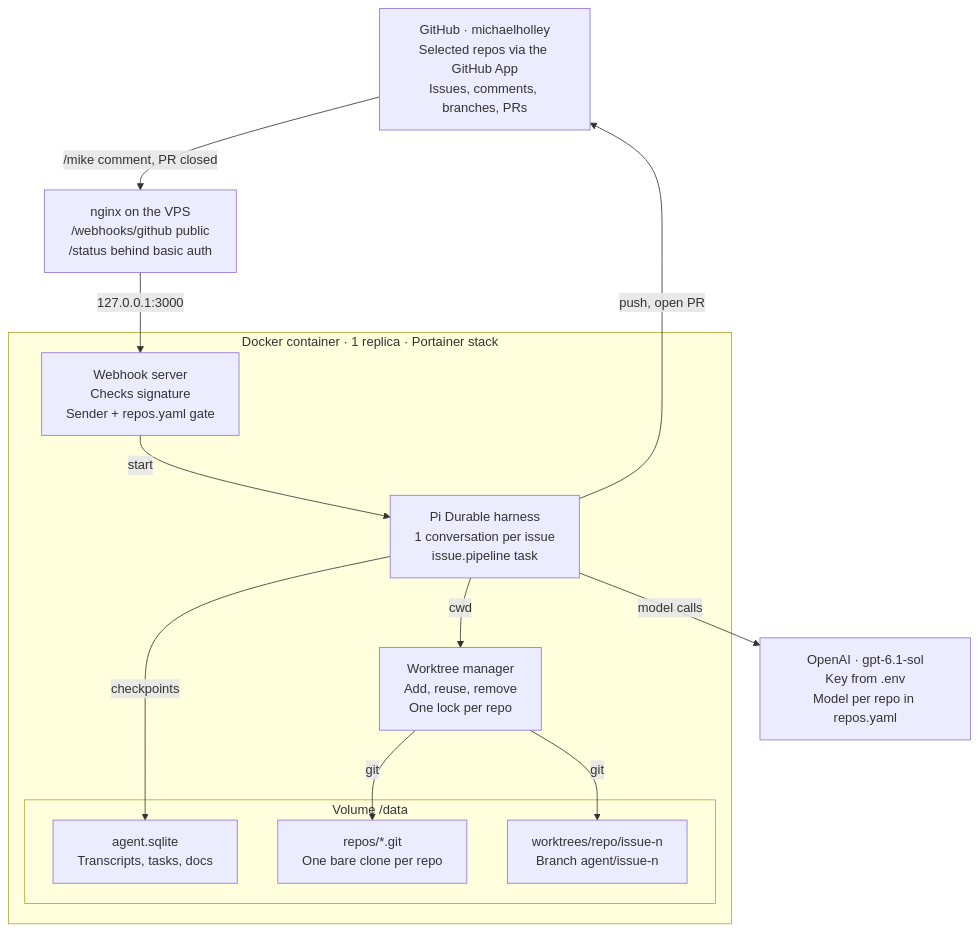
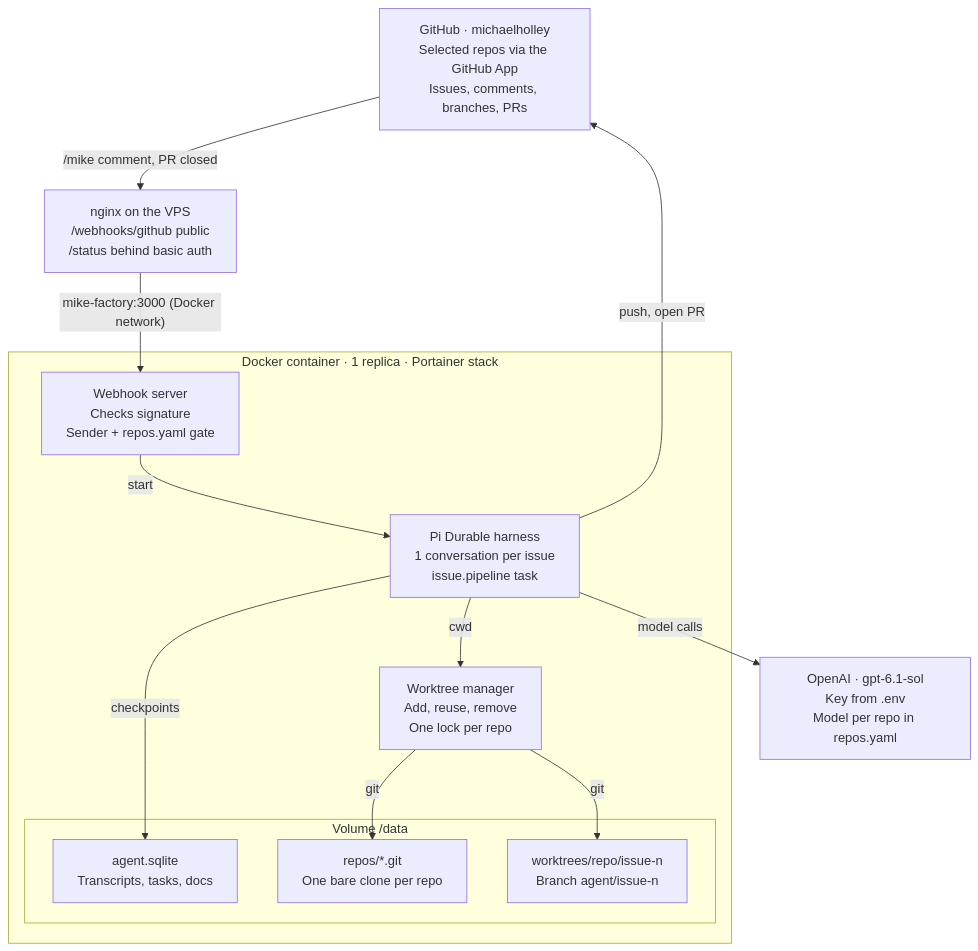
Before and after one commit to MichaelHolley/mike-factory: the diagram in PLAN.md, drawn with Mermaid. The commit also changed other lines of this file and 2 other files, not shown here.

Commit message:
fix(deploy): join the Nginx Proxy Manager network instead of publishing a host port

````diff
--- a/PLAN.md
+++ b/PLAN.md
@@ -26,28 +26,28 @@
 ```mermaid
 flowchart TB
     GH["GitHub · michaelholley<br/>Selected repos via the GitHub App<br/>Issues, comments, branches, PRs"]
     LLM["OpenAI · gpt-6.1-sol<br/>Key from .env<br/>Model per repo in repos.yaml"]
     NG["nginx on the VPS<br/>/webhooks/github public<br/>/status behind basic auth"]
 
     subgraph C["Docker container · 1 replica · Portainer stack"]
         WH["Webhook server<br/>Checks signature<br/>Sender + repos.yaml gate"]
         H["Pi Durable harness<br/>1 conversation per issue<br/>issue.pipeline task"]
         WM["Worktree manager<br/>Add, reuse, remove<br/>One lock per repo"]
 
         subgraph V["Volume /data"]
             DB["agent.sqlite<br/>Transcripts, tasks, docs"]
             BARE["repos/*.git<br/>One bare clone per repo"]
             WT["worktrees/repo/issue-n<br/>Branch agent/issue-n"]
         end
     end
 
     GH -- "/mike comment, PR closed" --> NG
-    NG -- "127.0.0.1:3000" --> WH
+    NG -- "mike-factory:3000 (Docker network)" --> WH
     WH -- start --> H
     H -- "push, open PR" --> GH
     H -- "model calls" --> LLM
     H -- cwd --> WM
     H -- checkpoints --> DB
     WM -- git --> BARE
     WM -- git --> WT
 ```
````
